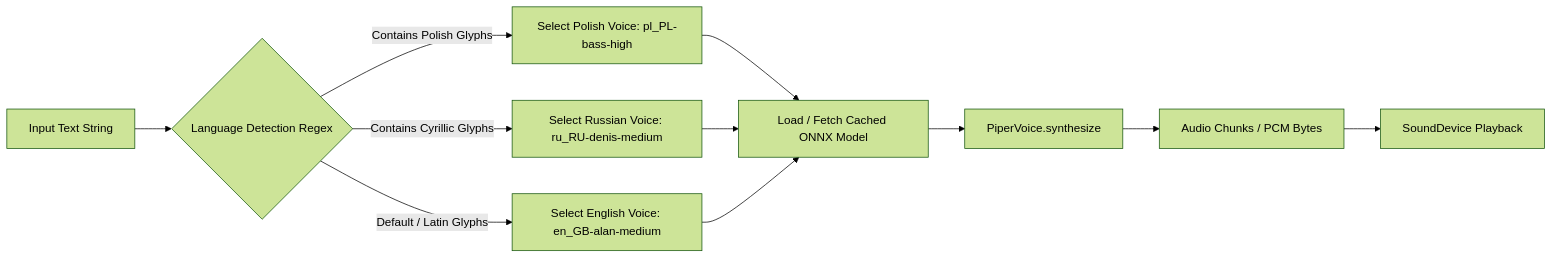
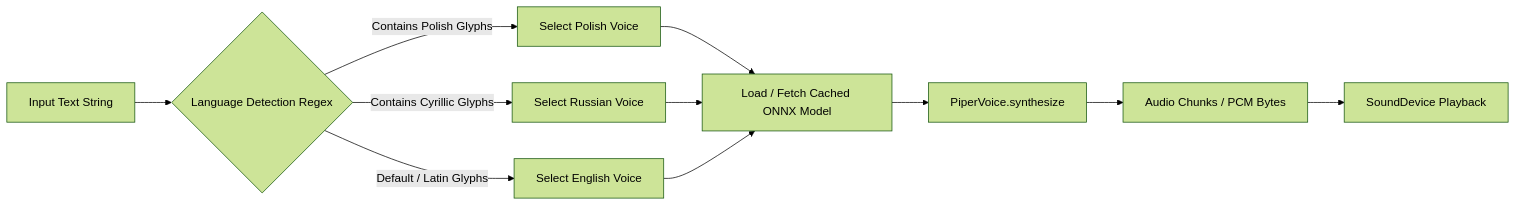
The third of 3 diagrams in docs/WORKFLOWS.md (MEDABIBA/Jarvis), drawn with Mermaid (forest theme) before and after one commit. The commit also changed 4 other files, not shown here.

````diff
--- a/docs/WORKFLOWS.md
+++ b/docs/WORKFLOWS.md
@@ -69,16 +69,16 @@
 ```mermaid
 flowchart LR
 TEXT[Input Text String] --> REGEX{Language Detection Regex}
-REGEX -->|Contains Polish Glyphs| PL[Select Polish Voice: pl_PL-bass-high]
-REGEX -->|Contains Cyrillic Glyphs| RU[Select Russian Voice: ru_RU-denis-medium]
-REGEX -->|Default / Latin Glyphs| EN[Select English Voice: en_GB-alan-medium]
+REGEX -->|Contains Polish Glyphs| PL[Select Polish Voice]
+REGEX -->|Contains Cyrillic Glyphs| RU[Select Russian Voice]
+REGEX -->|Default / Latin Glyphs| EN[Select English Voice]
 
     PL --> CACHE[Load / Fetch Cached ONNX Model]
     RU --> CACHE
     EN --> CACHE
 
     CACHE --> SYNTH[PiperVoice.synthesize]
     SYNTH --> RAW_BYTES[Audio Chunks / PCM Bytes]
     RAW_BYTES --> SD[SoundDevice Playback]
 
 ```
````
